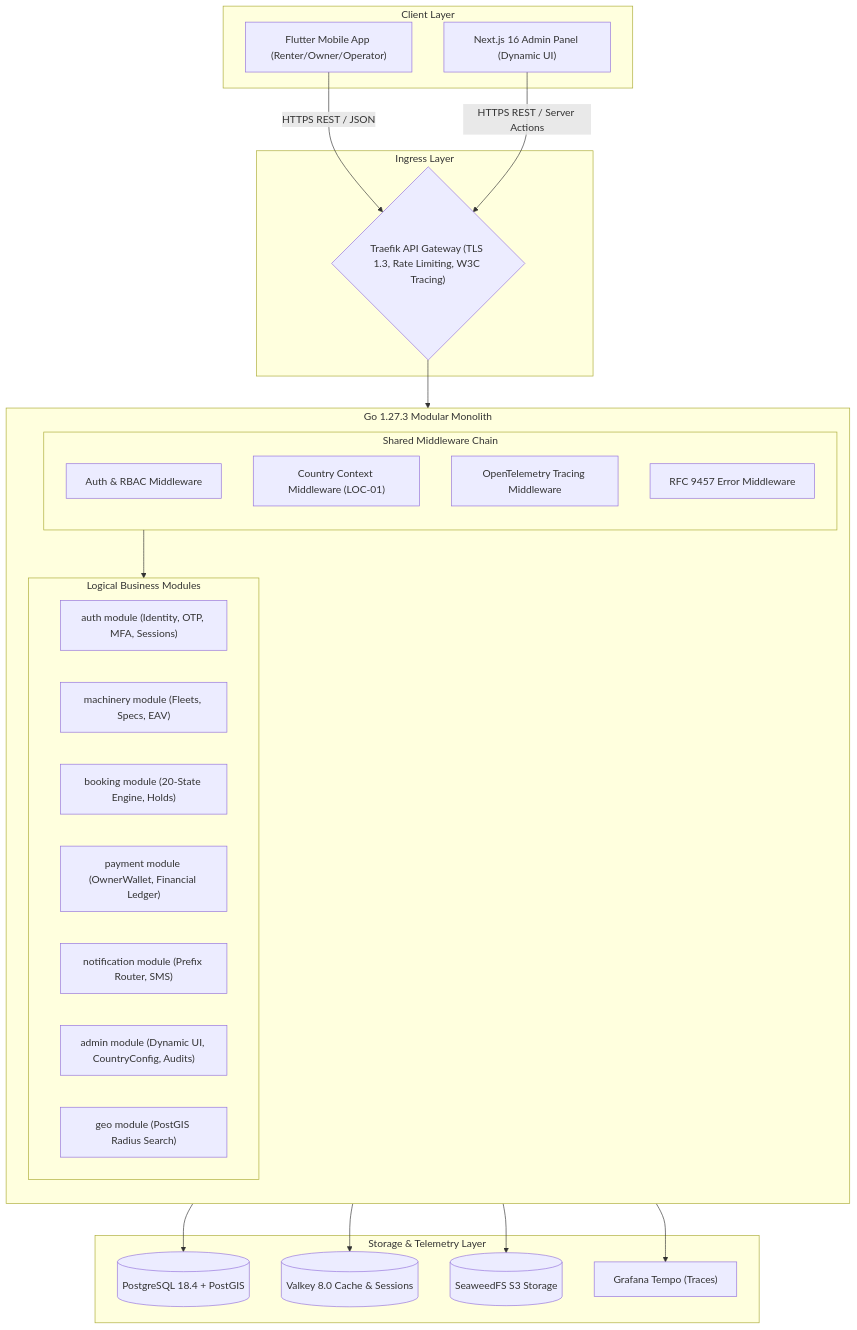
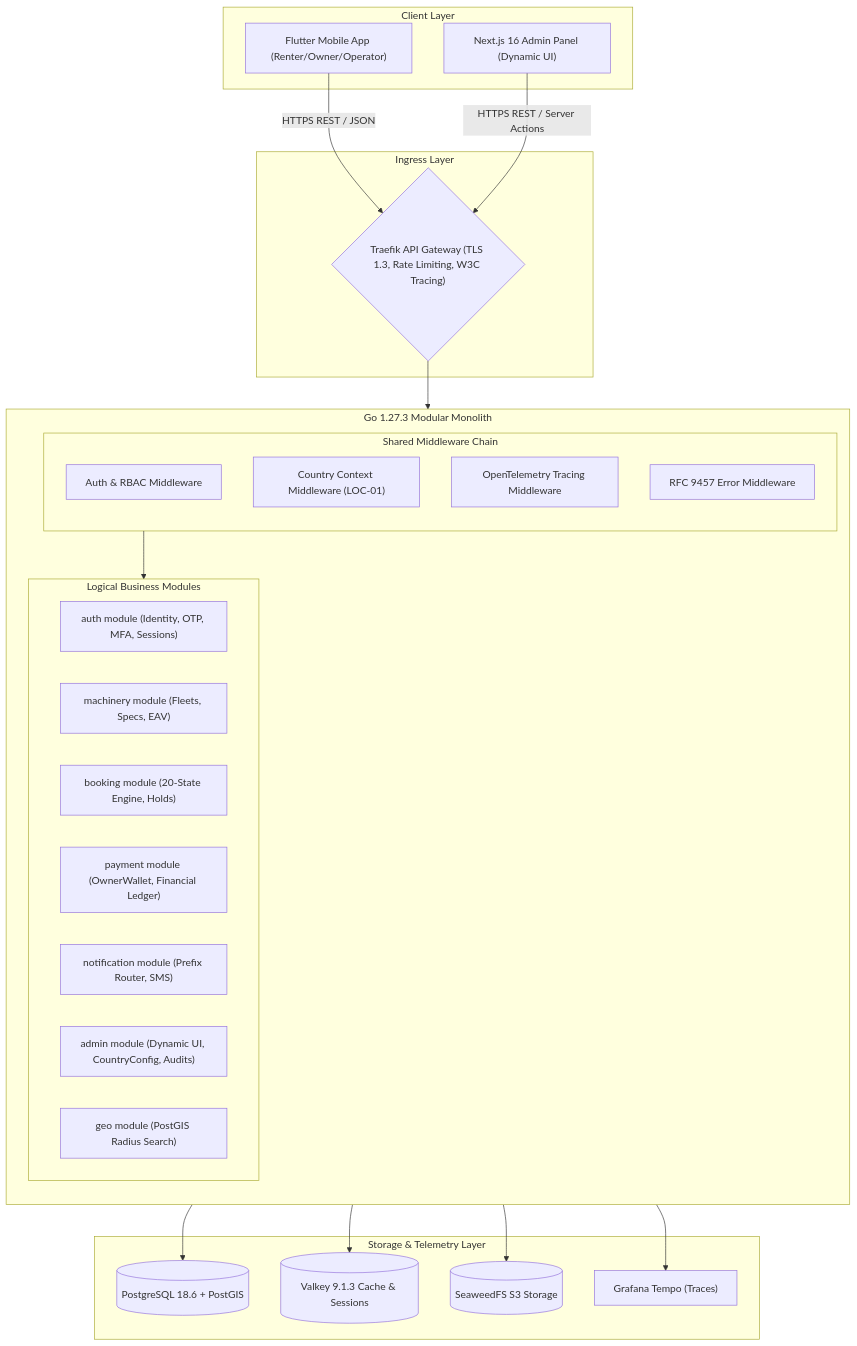
Before and after one commit to YDink/Heavy-Machinery-Logistics-Rental: the diagram in ARCHITECTURE.md, drawn with Mermaid. The commit also changed other lines of this file and 212 other files, not shown here.

````diff
--- a/ARCHITECTURE.md
+++ b/ARCHITECTURE.md
@@ -10,49 +10,49 @@
 ```mermaid
 graph TD
   subgraph Clients [Client Layer]
     MobileApp["Flutter Mobile App (Renter/Owner/Operator)"]
     AdminWeb["Next.js 16 Admin Panel (Dynamic UI)"]
   end
 
   subgraph Gateway [Ingress Layer]
     Traefik{"Traefik API Gateway (TLS 1.3, Rate Limiting, W3C Tracing)"}
   end
 
   MobileApp -->|HTTPS REST / JSON| Traefik
   AdminWeb -->|HTTPS REST / Server Actions| Traefik
 
   subgraph Backend [Go 1.27.3 Modular Monolith]
     direction TB
     subgraph Middleware [Shared Middleware Chain]
       AuthMW["Auth & RBAC Middleware"]
       CountryMW["Country Context Middleware (LOC-01)"]
       TraceMW["OpenTelemetry Tracing Middleware"]
       ErrorMW["RFC 9457 Error Middleware"]
     end
 
     subgraph Modules [Logical Business Modules]
       AuthMod["auth module (Identity, OTP, MFA, Sessions)"]
       MachMod["machinery module (Fleets, Specs, EAV)"]
       BookMod["booking module (20-State Engine, Holds)"]
       PayMod["payment module (OwnerWallet, Financial Ledger)"]
       NotifMod["notification module (Prefix Router, SMS)"]
       AdminMod["admin module (Dynamic UI, CountryConfig, Audits)"]
       GeoMod["geo module (PostGIS Radius Search)"]
     end
   end
 
   Traefik --> Middleware
   Middleware --> Modules
 
   subgraph Persistence [Storage & Telemetry Layer]
-    Postgres[(PostgreSQL 18.4 + PostGIS)]
-    Valkey[(Valkey 8.0 Cache & Sessions)]
+    Postgres[(PostgreSQL 18.6 + PostGIS)]
+    Valkey[(Valkey 9.1.3 Cache & Sessions)]
     SeaweedFS[(SeaweedFS S3 Storage)]
     Tempo["Grafana Tempo (Traces)"]
   end
 
   Modules --> Postgres
   Modules --> Valkey
   Modules --> SeaweedFS
   TraceMW --> Tempo
 ```
````
